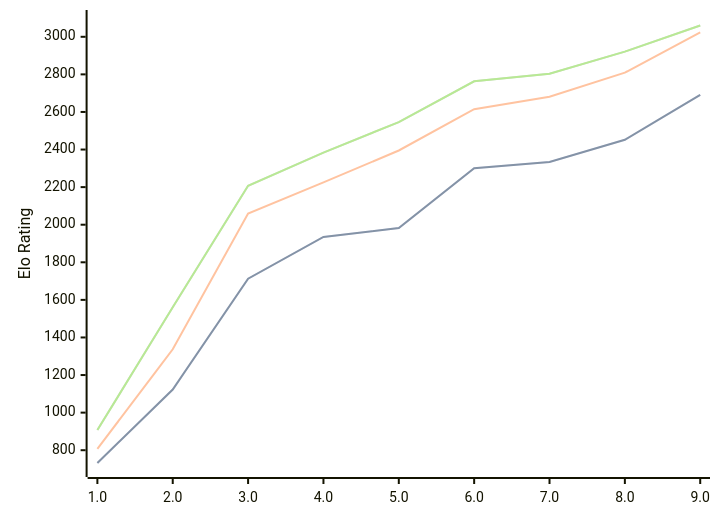
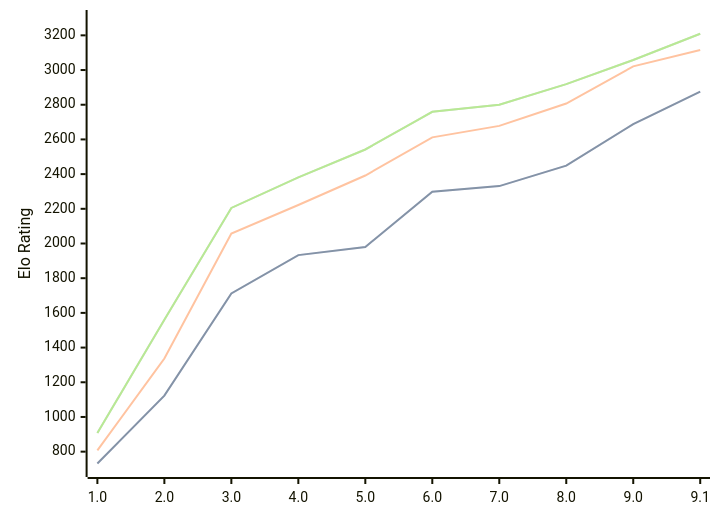
The diagram in engines/Pea.md (computer-chess-index/cci), drawn with Mermaid before and after one commit. The commit also changed other lines of this file, not shown here.

Commit message:
Update CCI Ratings (ELO VLTC) - 2026-08-12

````diff
--- a/engines/Pea.md
+++ b/engines/Pea.md
@@ -40,11 +40,11 @@
 ```mermaid
 %%{init: {"theme":"base","themeVariables":{"seriesColors:['#a3a3a3','#222221','#faa371']}}}%%
 xychart-beta
-  x-axis ["1.0", "2.0", "3.0", "4.0", "5.0", "6.0", "7.0", "8.0", "9.0"]
-  y-axis "Elo Rating" 700 --> 3100
-  line "STC (8.0+0.08s)" [732, 1123, 1713, 1935, 1982, 2300, 2334, 2452, 2691]
-  line "STC (8.0+0.08s)" [732, 1123, 1713, 1935, 1982, 2300, 2334, 2452, 2691]
-  line "LTC (60.0+0.60s)" [807, 1337, 2059, 2225, 2395, 2615, 2681, 2809, 3024]
-  line "VLTC (2m24s+1.12s)" [907, 1561, 2207, 2384, 2546, 2763, 2803, 2921, 3060]
-  line "VLTC (2m24s+1.12s)" [907, 1561, 2207, 2384, 2546, 2763, 2803, 2921, 3060]
+  x-axis ["1.0", "2.0", "3.0", "4.0", "5.0", "6.0", "7.0", "8.0", "9.0", "9.1"]
+  y-axis "Elo Rating" 700 --> 3300
+  line "STC (8.0+0.08s)" [732, 1123, 1712, 1933, 1980, 2299, 2331, 2449, 2688, 2876]
+  line "STC (8.0+0.08s)" [732, 1123, 1712, 1933, 1980, 2299, 2331, 2449, 2688, 2876]
+  line "LTC (60.0+0.60s)" [807, 1337, 2057, 2222, 2392, 2612, 2678, 2807, 3021, 3116]
+  line "VLTC (2m24s+1.12s)" [907, 1561, 2205, 2381, 2542, 2759, 2800, 2919, 3058, 3209]
+  line "VLTC (2m24s+1.12s)" [907, 1561, 2205, 2381, 2542, 2759, 2800, 2919, 3058, 3209]
 ```
````
